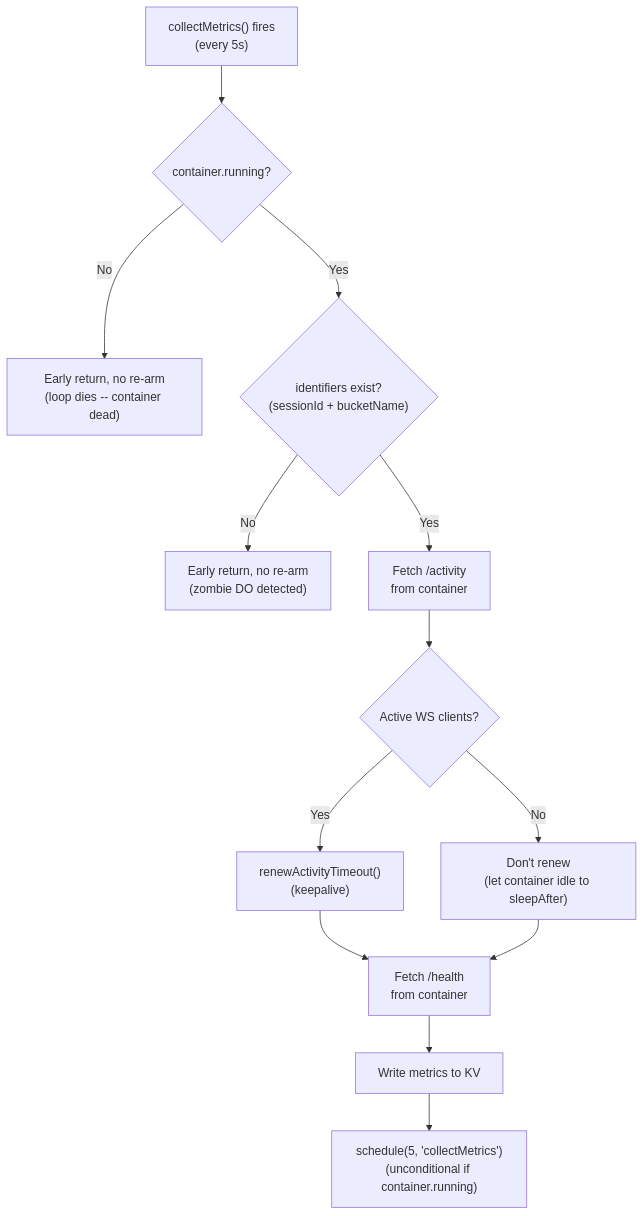
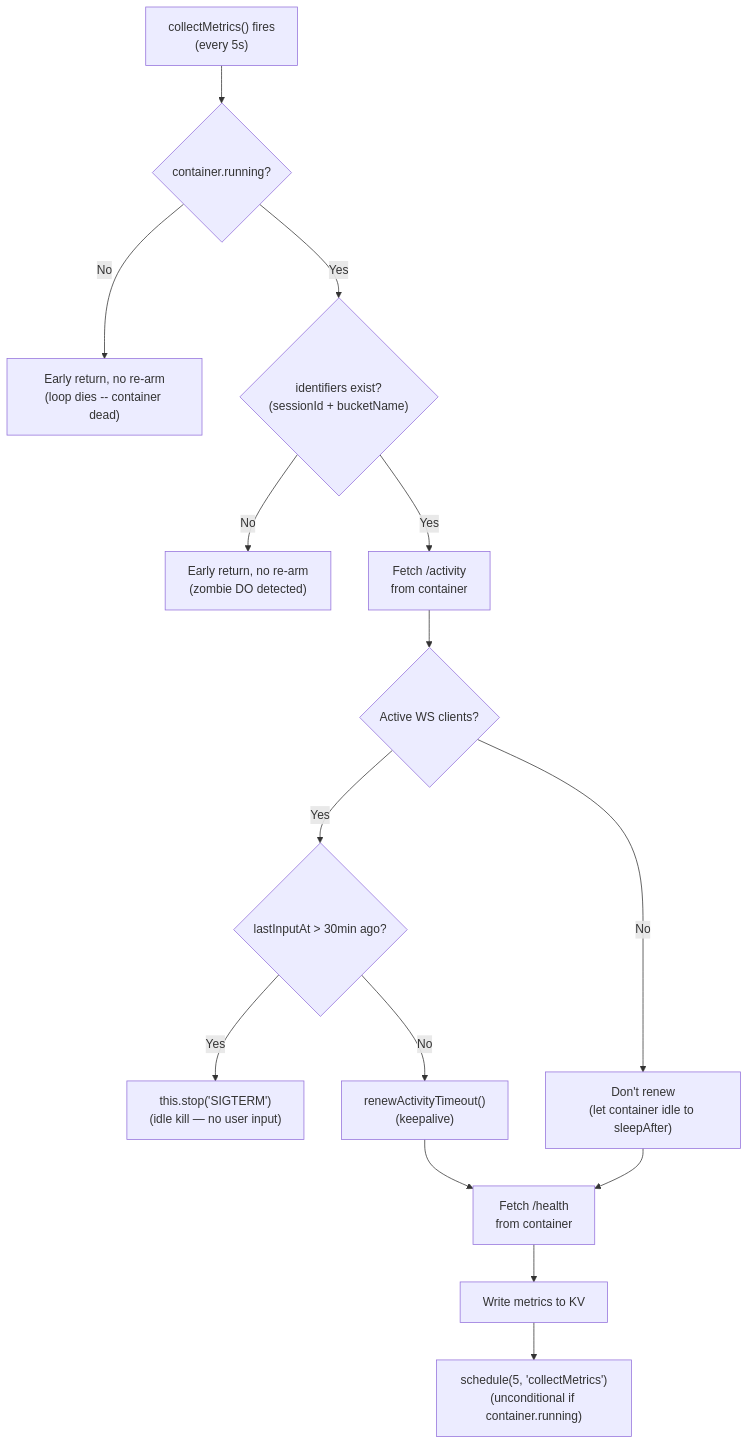
The second of 14 diagrams in TECHNICAL.md (nikolanovoselec/codeflare), drawn with Mermaid before and after one commit. The commit also changed other lines of this file and 4 other files, not shown here.

First line of the commit message:
feat: idle input detection — stop containers after 30min without typing

````diff
--- a/TECHNICAL.md
+++ b/TECHNICAL.md
@@ -124,15 +124,17 @@
 ```mermaid
 flowchart TD
     CM["collectMetrics() fires<br/>(every 5s)"] --> CRunning{"container.running?"}
     CRunning -->|No| Exit1["Early return, no re-arm<br/>(loop dies -- container dead)"]
     CRunning -->|Yes| IDs{"identifiers exist?<br/>(sessionId + bucketName)"}
     IDs -->|No| Exit2["Early return, no re-arm<br/>(zombie DO detected)"]
     IDs -->|Yes| FetchAct["Fetch /activity<br/>from container"]
     FetchAct --> WSClients{"Active WS clients?"}
-    WSClients -->|Yes| Renew["renewActivityTimeout()<br/>(keepalive)"]
+    WSClients -->|Yes| InputCheck{"lastInputAt > 30min ago?"}
+    InputCheck -->|Yes| IdleKill["this.stop('SIGTERM')<br/>(idle kill — no user input)"]
+    InputCheck -->|No| Renew["renewActivityTimeout()<br/>(keepalive)"]
     WSClients -->|No| NoRenew["Don't renew<br/>(let container idle to sleepAfter)"]
     Renew --> FetchHealth["Fetch /health<br/>from container"]
     NoRenew --> FetchHealth
     FetchHealth --> WriteKV["Write metrics to KV"]
     WriteKV --> ReArm["schedule(5, 'collectMetrics')<br/>(unconditional if container.running)"]
 ```
````
